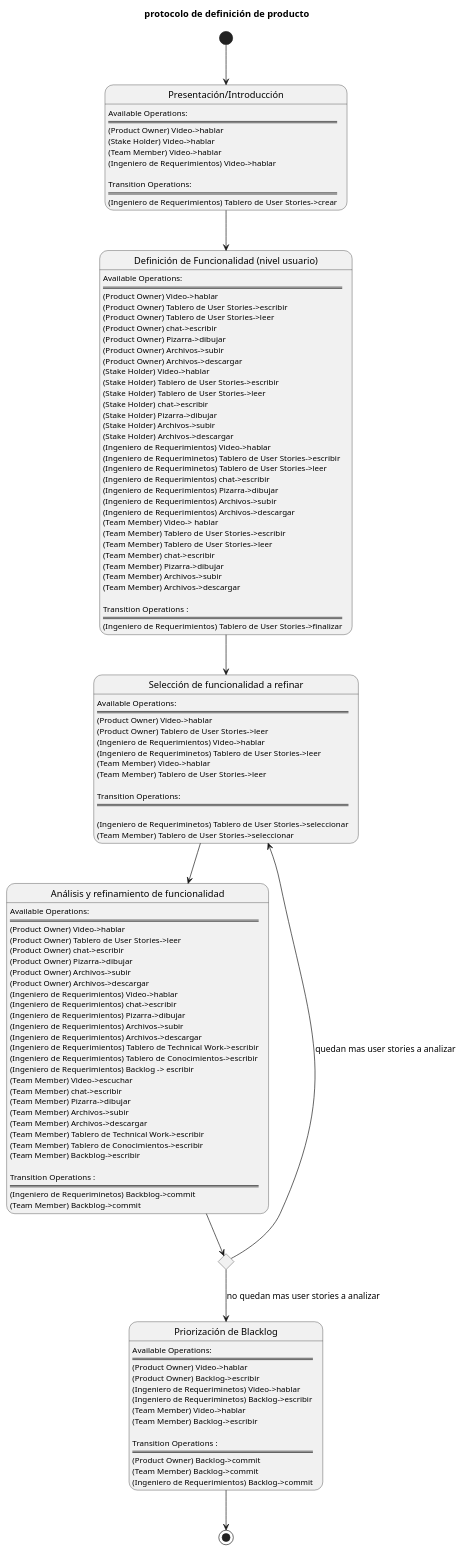
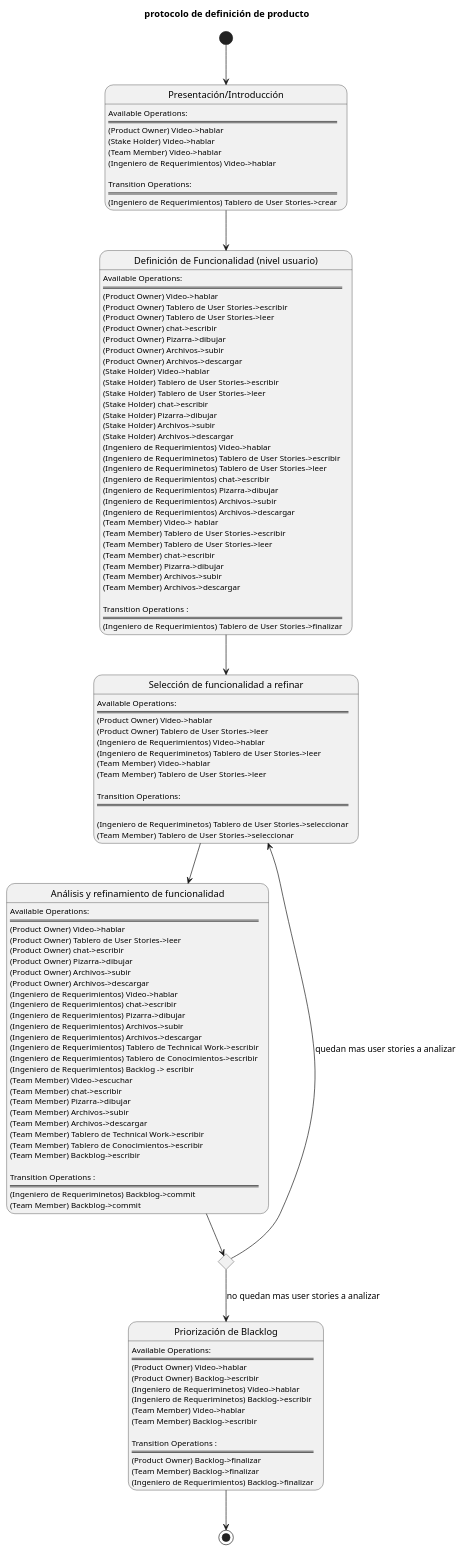
One commit to pablodanielrey/colaborativos changed the second of 2 diagrams in entrega1/actividades/product/product.plantuml. Above: the diagram before and after it, drawn with PlantUML.

Commit message:
cambie unas palabras para que quede mas claro

```diff
--- a/entrega1/actividades/product/product.plantuml
+++ b/entrega1/actividades/product/product.plantuml
@@ -141,130 +141,130 @@
 @startuml
 title protocolo de definición de producto
 
 state "Presentación/Introducción" as presentation
 presentation: Available Operations:
 presentation: ==================================================
 presentation: (Product Owner) Video->hablar
 presentation: (Stake Holder) Video->hablar
 presentation: (Team Member) Video->hablar
 presentation: (Ingeniero de Requerimientos) Video->hablar
 presentation: 
 presentation: Transition Operations:
 presentation: ==================================================
 presentation: (Ingeniero de Requerimientos) Tablero de User Stories->crear
 
 state "Definición de Funcionalidad (nivel usuario)" as a1
 a1: Available Operations:
 a1: ==================================================
 a1: (Product Owner) Video->hablar
 a1: (Product Owner) Tablero de User Stories->escribir
 a1: (Product Owner) Tablero de User Stories->leer
 a1: (Product Owner) chat->escribir
 a1: (Product Owner) Pizarra->dibujar
 a1: (Product Owner) Archivos->subir
 a1: (Product Owner) Archivos->descargar
 a1: (Stake Holder) Video->hablar
 a1: (Stake Holder) Tablero de User Stories->escribir
 a1: (Stake Holder) Tablero de User Stories->leer
 a1: (Stake Holder) chat->escribir
 a1: (Stake Holder) Pizarra->dibujar
 a1: (Stake Holder) Archivos->subir
 a1: (Stake Holder) Archivos->descargar
 a1: (Ingeniero de Requerimientos) Video->hablar
 a1: (Ingeniero de Requeriminetos) Tablero de User Stories->escribir
 a1: (Ingeniero de Requeriminetos) Tablero de User Stories->leer
 a1: (Ingeniero de Requerimientos) chat->escribir
 a1: (Ingeniero de Requerimientos) Pizarra->dibujar
 a1: (Ingeniero de Requerimientos) Archivos->subir
 a1: (Ingeniero de Requerimientos) Archivos->descargar
 a1: (Team Member) Video-> hablar
 a1: (Team Member) Tablero de User Stories->escribir
 a1: (Team Member) Tablero de User Stories->leer
 a1: (Team Member) chat->escribir
 a1: (Team Member) Pizarra->dibujar
 a1: (Team Member) Archivos->subir
 a1: (Team Member) Archivos->descargar
 a1:
 a1: Transition Operations :
 a1: ==================================================
 a1: (Ingeniero de Requerimientos) Tablero de User Stories->finalizar
 
 
 state "Selección de funcionalidad a refinar" as a3
 a3: Available Operations:
 a3: ==================================================
 a3: (Product Owner) Video->hablar
 a3: (Product Owner) Tablero de User Stories->leer
 a3: (Ingeniero de Requerimientos) Video->hablar
 a3: (Ingeniero de Requeriminetos) Tablero de User Stories->leer
 a3: (Team Member) Video->hablar
 a3: (Team Member) Tablero de User Stories->leer
 a3:
 a3: Transition Operations:
 a3: ==================================================
 a3:
 a3: (Ingeniero de Requeriminetos) Tablero de User Stories->seleccionar
 a3: (Team Member) Tablero de User Stories->seleccionar
 
 
 state "Análisis y refinamiento de funcionalidad" as a2
 a2: Available Operations:
 a2: ==================================================
 a2: (Product Owner) Video->hablar
 a2: (Product Owner) Tablero de User Stories->leer
 a2: (Product Owner) chat->escribir
 a2: (Product Owner) Pizarra->dibujar
 a2: (Product Owner) Archivos->subir
 a2: (Product Owner) Archivos->descargar
 a2: (Ingeniero de Requerimientos) Video->hablar
 a2: (Ingeniero de Requerimientos) chat->escribir
 a2: (Ingeniero de Requerimientos) Pizarra->dibujar
 a2: (Ingeniero de Requerimientos) Archivos->subir
 a2: (Ingeniero de Requerimientos) Archivos->descargar
 a2: (Ingeniero de Requerimientos) Tablero de Technical Work->escribir
 a2: (Ingeniero de Requerimientos) Tablero de Conocimientos->escribir
 a2: (Ingeniero de Requerimientos) Backlog -> escribir
 a2: (Team Member) Video->escuchar
 a2: (Team Member) chat->escribir
 a2: (Team Member) Pizarra->dibujar
 a2: (Team Member) Archivos->subir
 a2: (Team Member) Archivos->descargar
 a2: (Team Member) Tablero de Technical Work->escribir
 a2: (Team Member) Tablero de Conocimientos->escribir
 a2: (Team Member) Backblog->escribir
 a2:
 a2: Transition Operations :
 a2: ==================================================
 a2: (Ingeniero de Requeriminetos) Backblog->commit
 a2: (Team Member) Backblog->commit
 
 
 
 state "Priorización de Blacklog" as a4
 a4: Available Operations:
 a4: ==================================================
 a4: (Product Owner) Video->hablar
 a4: (Product Owner) Backlog->escribir
 a4: (Ingeniero de Requeriminetos) Video->hablar
 a4: (Ingeniero de Requeriminetos) Backlog->escribir
 a4: (Team Member) Video->hablar
 a4: (Team Member) Backlog->escribir
 a4:
 a4: Transition Operations :
 a4: ==================================================
-a4: (Product Owner) Backlog->commit
-a4: (Team Member) Backlog->commit
-a4: (Ingeniero de Requerimientos) Backlog->commit
+a4: (Product Owner) Backlog->finalizar
+a4: (Team Member) Backlog->finalizar
+a4: (Ingeniero de Requerimientos) Backlog->finalizar
 
 state c1 <<choice>>
  
 [*] --> presentation
 presentation --> a1
 a1 --> a3
 a3 --> a2
 a2 --> c1
 c1 --> a3 : quedan mas user stories a analizar
 c1 --> a4 : no quedan mas user stories a analizar
 a4 --> [*]
 
 @enduml
```
